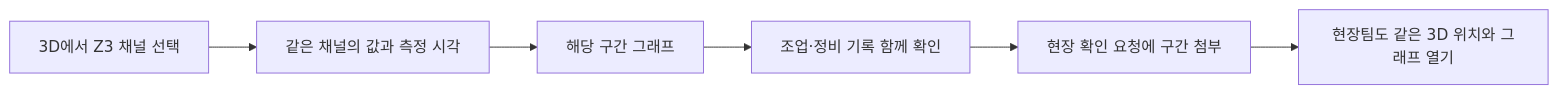
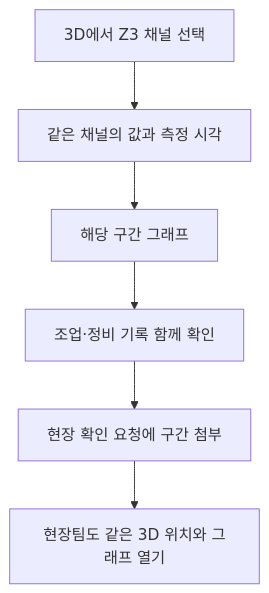
Before and after one commit to posco-3bungi-pdm/cal01-monitor: the second of 3 diagrams in docs/01-product.md, drawn with Mermaid. The commit also changed 2 other files, not shown here.

Commit message:
docs: 좁은 화면에서도 흐름도가 읽히도록 정리

````diff
--- a/docs/01-product.md
+++ b/docs/01-product.md
@@ -61,8 +61,8 @@
 ```mermaid
-flowchart LR
+flowchart TB
     A[3D에서 Z3 채널 선택] --> B[같은 채널의 값과 측정 시각]
     B --> C[해당 구간 그래프]
     C --> D[조업·정비 기록 함께 확인]
     D --> E[현장 확인 요청에 구간 첨부]
     E --> F[현장팀도 같은 3D 위치와 그래프 열기]
 ```
````
